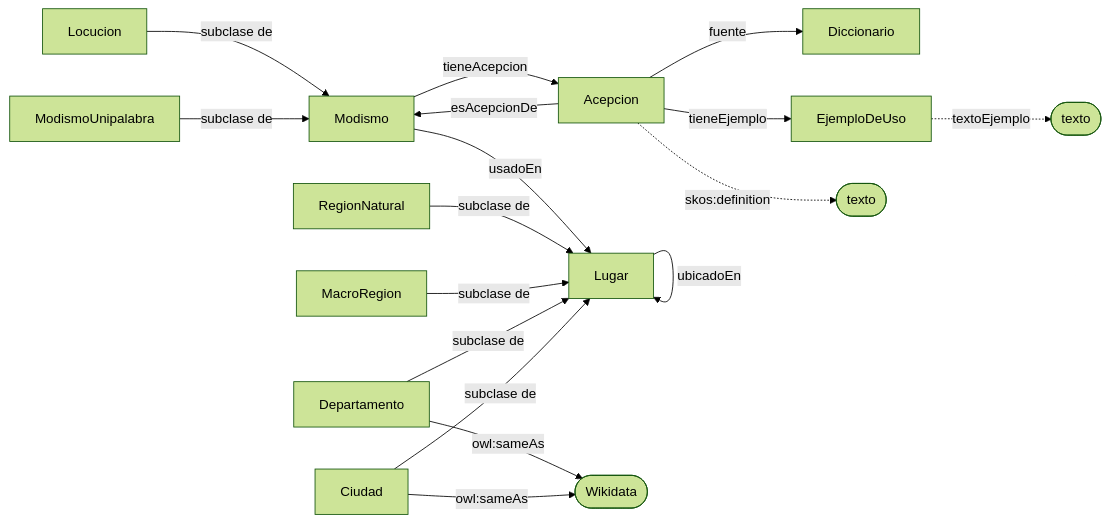
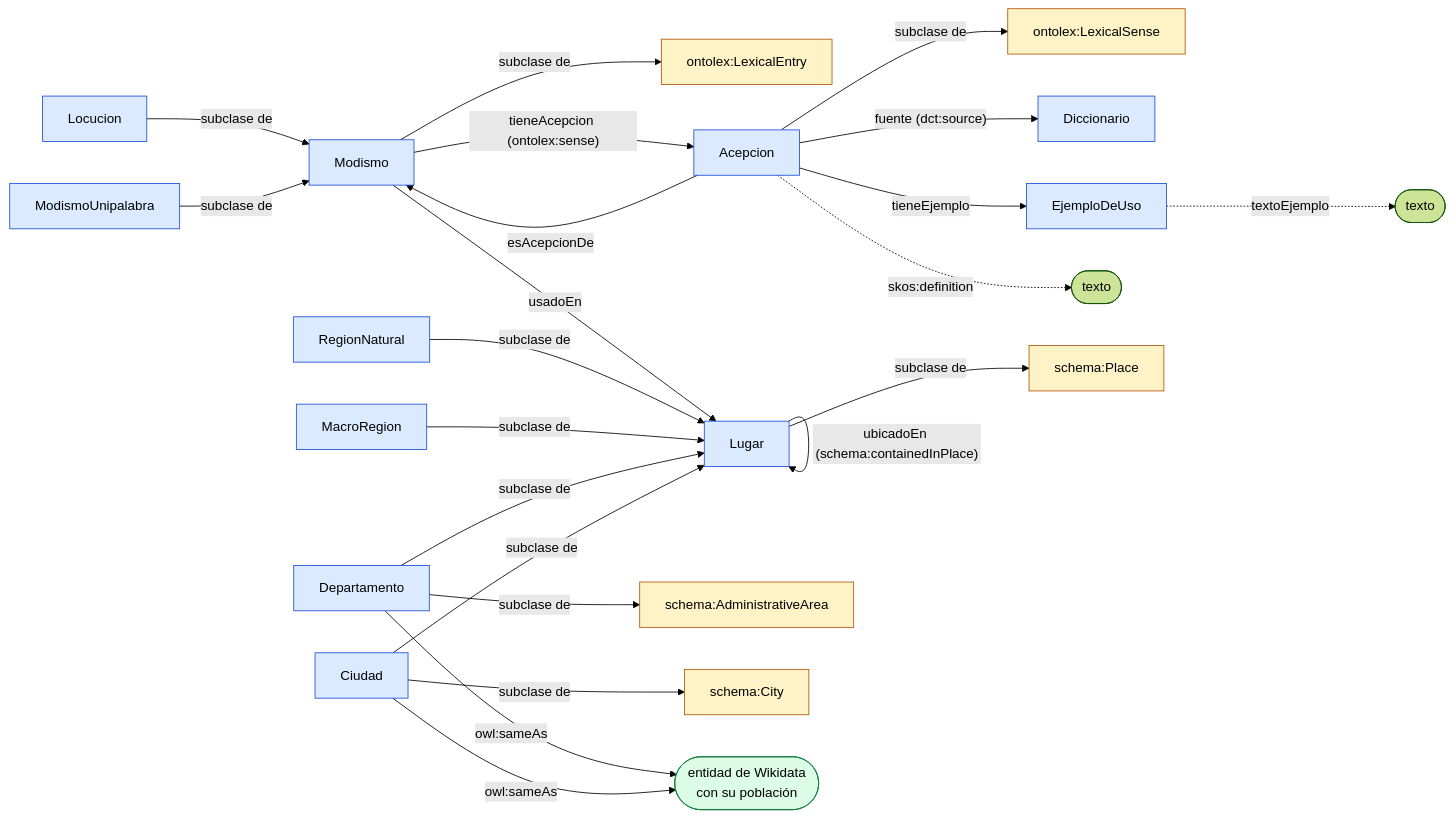
One commit to ignchap27/ontologia-modismos-colombianos changed the first of 2 diagrams in README.md. Above: the diagram before and after it, drawn with Mermaid (forest theme). The commit also changed other lines of this file, not shown here.

Commit message:
extensiones

````diff
--- a/README.md
+++ b/README.md
@@ -27,19 +27,31 @@
 ```mermaid
 flowchart LR
     Locucion -- subclase de --> Modismo
     ModismoUnipalabra -- subclase de --> Modismo
-    Modismo -- tieneAcepcion --> Acepcion
+    Modismo -- subclase de --> le["ontolex:LexicalEntry"]
+    Modismo -- "tieneAcepcion (ontolex:sense)" --> Acepcion
     Acepcion -- esAcepcionDe --> Modismo
-    Acepcion -- fuente --> Diccionario
+    Acepcion -- subclase de --> ls["ontolex:LexicalSense"]
+    Acepcion -- "fuente (dct:source)" --> Diccionario
     Acepcion -- tieneEjemplo --> EjemploDeUso
     Acepcion -. skos:definition .-> def(["texto"])
     EjemploDeUso -. textoEjemplo .-> ej(["texto"])
     Modismo -- usadoEn --> Lugar
-    Lugar -- ubicadoEn --> Lugar
+    Lugar -- "ubicadoEn (schema:containedInPlace)" --> Lugar
+    Lugar -- subclase de --> sp["schema:Place"]
     RegionNatural -- subclase de --> Lugar
     MacroRegion -- subclase de --> Lugar
     Departamento -- subclase de --> Lugar
+    Departamento -- subclase de --> sa["schema:AdministrativeArea"]
     Ciudad -- subclase de --> Lugar
-    Departamento -- owl:sameAs --> wd(["Wikidata"])
+    Ciudad -- subclase de --> sc["schema:City"]
+    Departamento -- owl:sameAs --> wd(["entidad de Wikidata<br/>con su población"])
     Ciudad -- owl:sameAs --> wd
+
+    classDef propio fill:#dbeafe,stroke:#1d4ed8,color:#000
+    classDef externo fill:#fef3c7,stroke:#b45309,color:#000
+    classDef wikidata fill:#dcfce7,stroke:#15803d,color:#000
+    class Modismo,Locucion,ModismoUnipalabra,Acepcion,Diccionario,EjemploDeUso,Lugar,RegionNatural,MacroRegion,Departamento,Ciudad propio
+    class le,ls,sp,sa,sc externo
+    class wd wikidata
 ```
````
